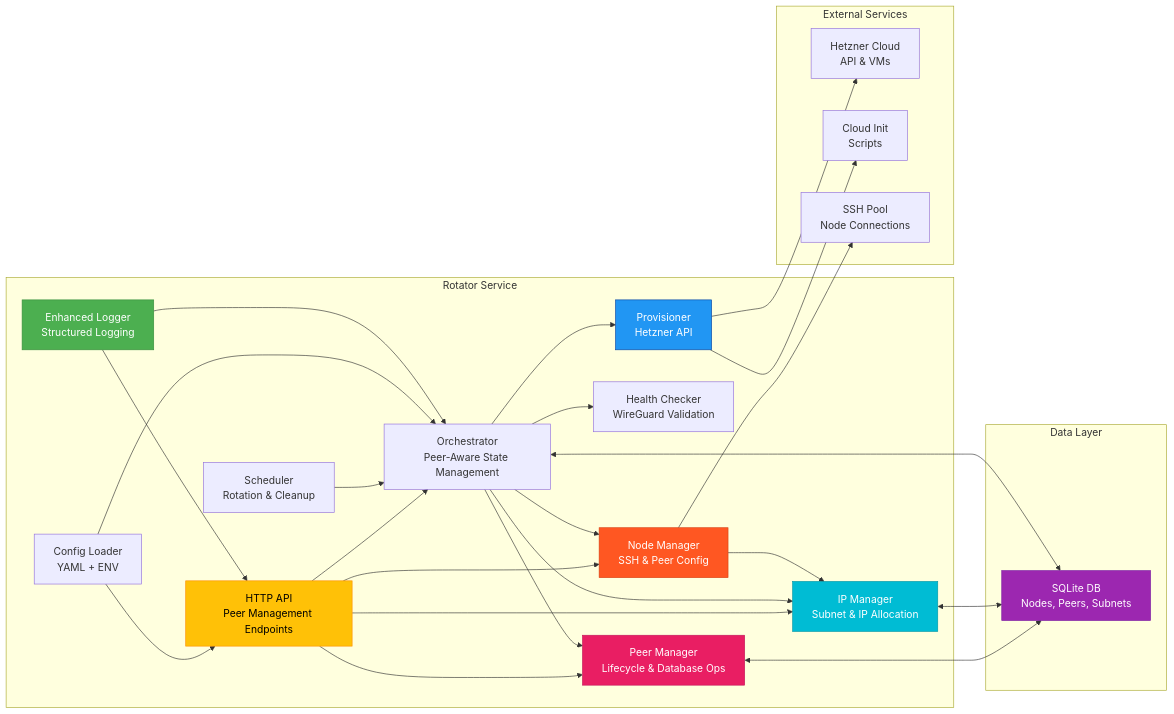
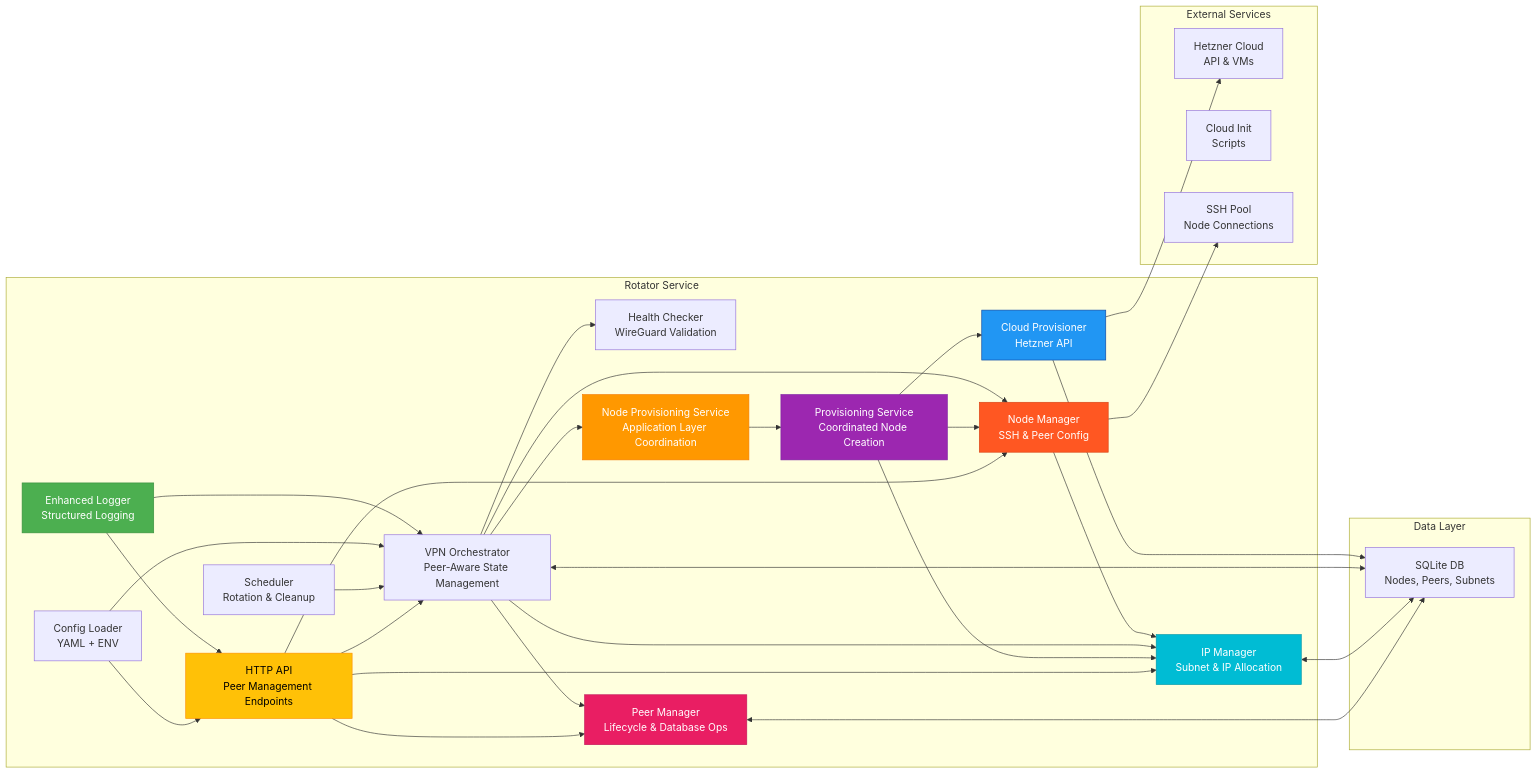
The second of 16 diagrams in docs/architecture-detailed.md (ChiquitaV2/vpn-rotator), drawn with Mermaid before and after one commit. The commit also changed other lines of this file and 85 other files, not shown here.

````diff
--- a/docs/architecture-detailed.md
+++ b/docs/architecture-detailed.md
@@ -60,57 +61,66 @@
 ```mermaid
 graph LR
     subgraph "Rotator Service"
         A["HTTP API<br/>Peer Management Endpoints"]
         B["Scheduler<br/>Rotation & Cleanup"]
-        C["Provisioner<br/>Hetzner API"]
-        D["Orchestrator<br/>Peer-Aware State Management"]
+        C["Cloud Provisioner<br/>Hetzner API"]
+        D["VPN Orchestrator<br/>Peer-Aware State Management"]
         E["Health Checker<br/>WireGuard Validation"]
         F["Config Loader<br/>YAML + ENV"]
         G["Enhanced Logger<br/>Structured Logging"]
         H["Peer Manager<br/>Lifecycle & Database Ops"]
         I["IP Manager<br/>Subnet & IP Allocation"]
         J["Node Manager<br/>SSH & Peer Config"]
+        K["Provisioning Service<br/>Coordinated Node Creation"]
+        L["Node Provisioning Service<br/>Application Layer Coordination"]
     end
     
     subgraph "Data Layer"
-        K["SQLite DB<br/>Nodes, Peers, Subnets"]
+        M["SQLite DB<br/>Nodes, Peers, Subnets"]
     end
     
     subgraph "External Services"
-        L["Hetzner Cloud<br/>API & VMs"]
-        M["Cloud Init<br/>Scripts"]
-        N["SSH Pool<br/>Node Connections"]
+        O["Hetzner Cloud<br/>API & VMs"]
+        P["Cloud Init<br/>Scripts"]
+        Q["SSH Pool<br/>Node Connections"]
     end
     
     A --> D
     A --> H
     A --> I
     A --> J
     B --> D
-    D --> C
+    D --> L
+    L --> K
+    K --> J
+    K --> C
+    K --> I
     D --> H
     D --> I
     D --> J
     D --> E
-    H <--> K
-    I <--> K
+    H <--> M
+    I <--> M
     J --> I
-    J --> N
-    D <--> K
-    C --> L
+    J --> Q
+    D <--> M
+    C --> O
+    
+    style K fill:#FF9800,stroke:#F57C00,color:#fff
+    style L fill:#FF9800,stroke:#F57C00,color:#fff
     C --> M
     F --> A
     F --> D
     G --> A
     G --> D
     
     style A fill:#FFC107,stroke:#FF8F00,color:#000
     style C fill:#2196F3,stroke:#0D47A1,color:#fff
     style K fill:#9C27B0,stroke:#7B1FA2,color:#fff
     style G fill:#4CAF50,stroke:#388E3C,color:#fff
     style H fill:#E91E63,stroke:#C2185B,color:#fff
     style I fill:#00BCD4,stroke:#0097A7,color:#fff
     style J fill:#FF5722,stroke:#D84315,color:#fff
 
 
 ```
````
